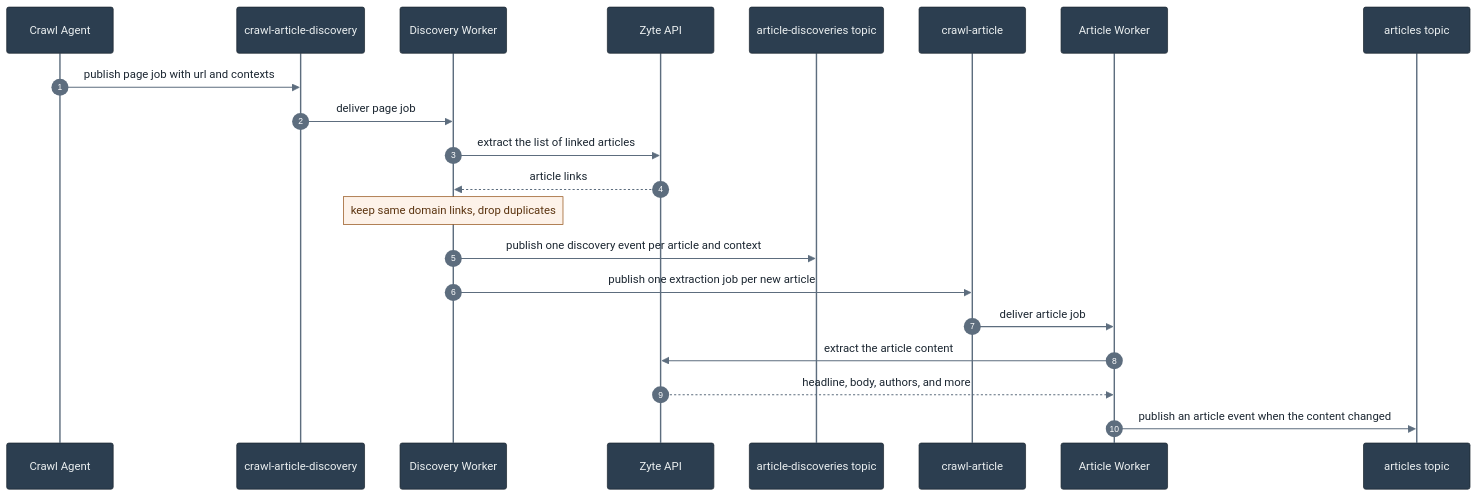
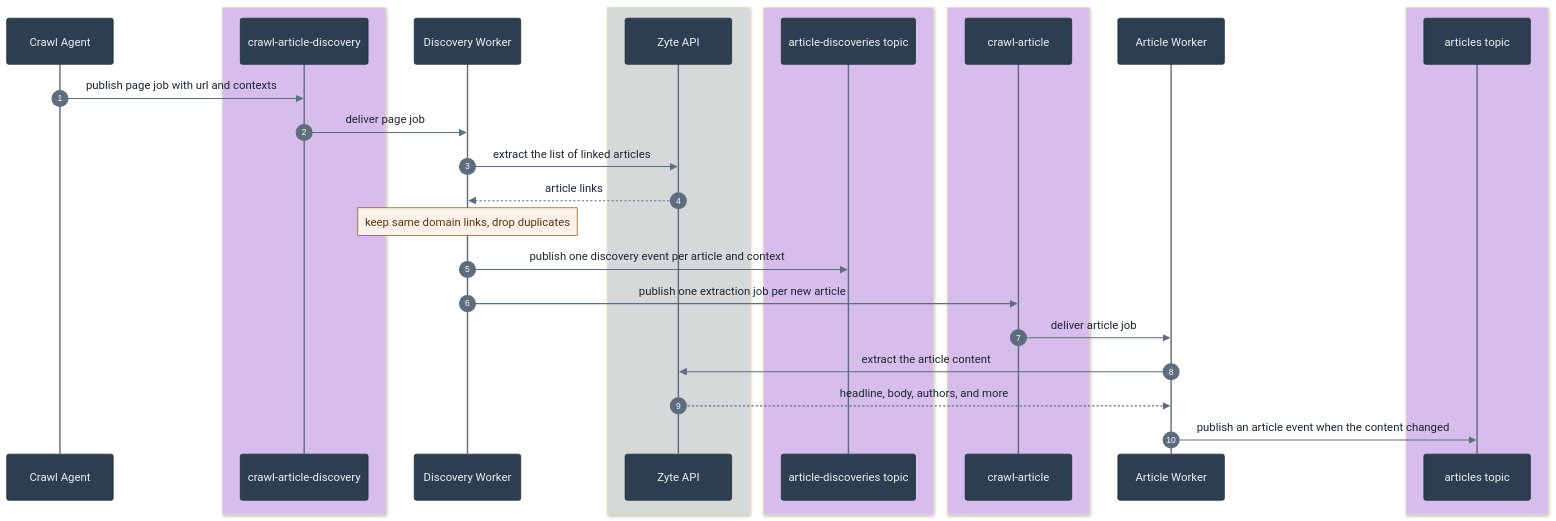
Before and after one commit to mozilla/hnt-content: the third of 5 diagrams in docs/ARCHITECTURE.md, drawn with Mermaid. The commit also changed other lines of this file, not shown here.

Commit message:
docs(HNT-2086): color sequence-diagram lifelines by type to match flowcharts

````diff
--- a/docs/ARCHITECTURE.md
+++ b/docs/ARCHITECTURE.md
@@ -167,25 +169,35 @@
 ```mermaid
 %%{init: {'theme':'base','sequence':{'diagramMarginX':270},'themeVariables':{'actorBkg':'#2c3e50','actorBorder':'#1a252f','actorTextColor':'#ecf0f1','actorLineColor':'#5d6d7e','signalColor':'#5d6d7e','signalTextColor':'#1b2631','labelBoxBkgColor':'#eaf2f8','labelBoxBorderColor':'#aed6f1','labelTextColor':'#1b2631','loopTextColor':'#1b2631','noteBkgColor':'#fdf2e9','noteBorderColor':'#935116','noteTextColor':'#5b3410','sequenceNumberColor':'#ffffff'}}}%%
 sequenceDiagram
     autonumber
     participant Agent as Crawl Agent
+    box rgb(215,189,236)
     participant DiscQ as crawl-article-discovery
+    end
     participant Disc as Discovery Worker
+    box rgb(214,217,217)
     participant Zyte as Zyte API
+    end
+    box rgb(215,189,236)
     participant DiscT as article-discoveries topic
+    end
+    box rgb(215,189,236)
     participant ArtQ as crawl-article
+    end
     participant Art as Article Worker
+    box rgb(215,189,236)
     participant ArtT as articles topic
+    end
 
     Agent->>DiscQ: publish page job with url and contexts
     DiscQ->>Disc: deliver page job
     Disc->>Zyte: extract the list of linked articles
     Zyte-->>Disc: article links
     Note over Disc: keep same domain links, drop duplicates
     Disc->>DiscT: publish one discovery event per article and context
     Disc->>ArtQ: publish one extraction job per new article
     ArtQ->>Art: deliver article job
     Art->>Zyte: extract the article content
     Zyte-->>Art: headline, body, authors, and more
     Art->>ArtT: publish an article event when the content changed
 ```
````
